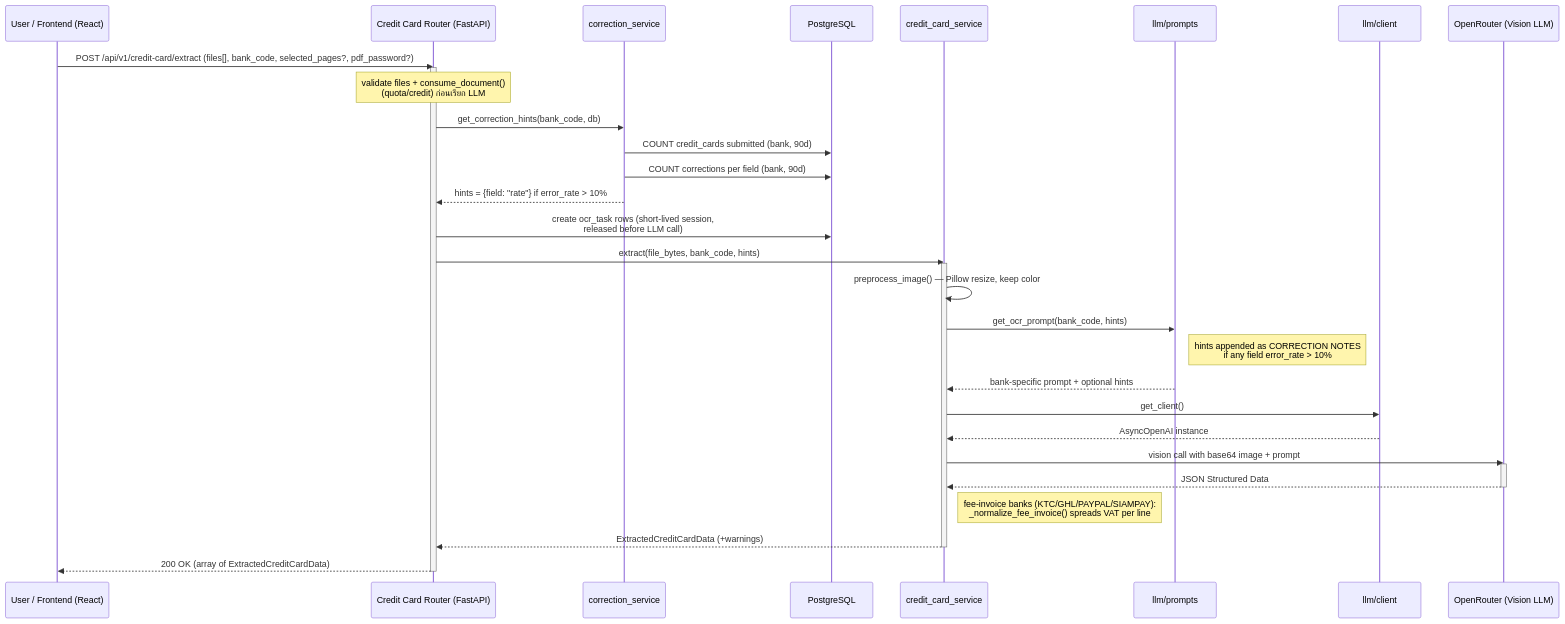
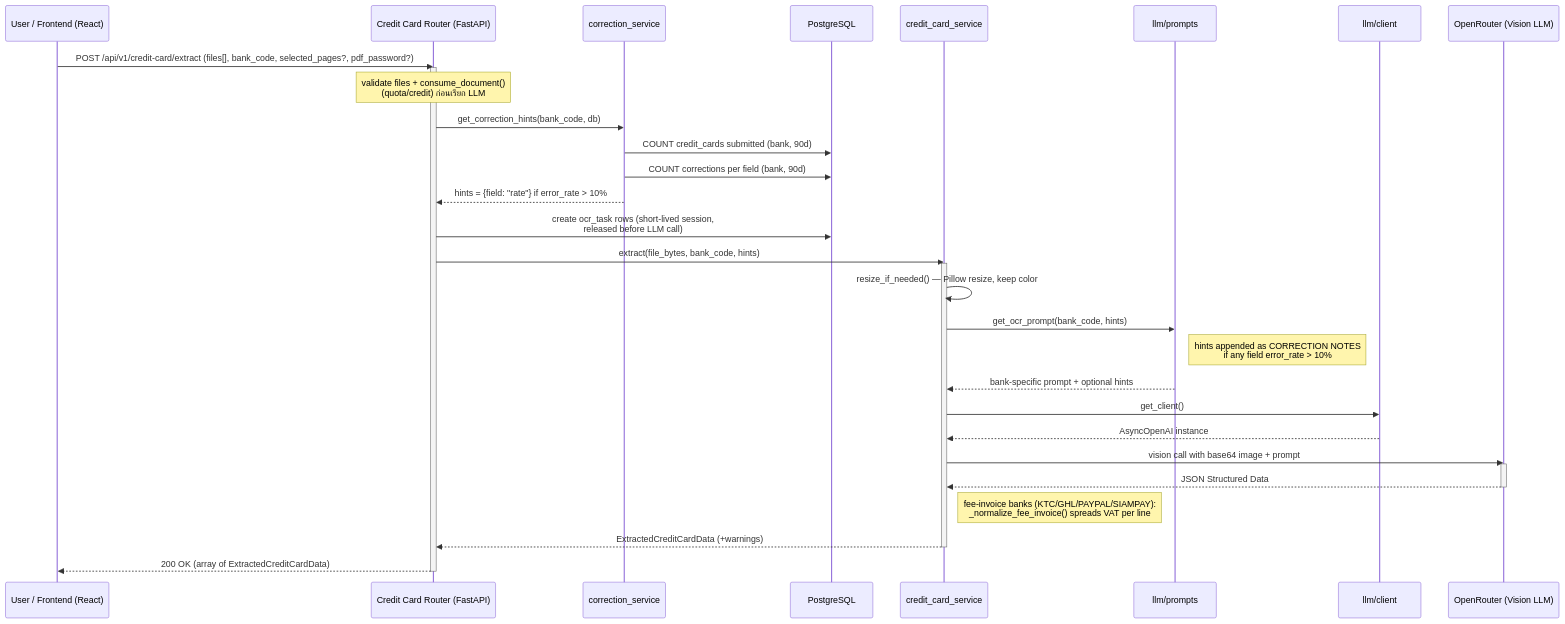
One commit to developer-carmensoftware/OCR changed the third of 8 diagrams in docs/Software_Requirements_Specification.md. Above: the diagram before and after it, drawn with Mermaid. The commit also changed 14 other files, not shown here.

````diff
--- a/docs/Software_Requirements_Specification.md
+++ b/docs/Software_Requirements_Specification.md
@@ -165,39 +165,39 @@
 ```mermaid
 sequenceDiagram
     participant User as User / Frontend (React)
     participant Router as Credit Card Router (FastAPI)
     participant CorrSvc as correction_service
     participant DB as PostgreSQL
     participant Svc as credit_card_service
     participant Prompts as llm/prompts
     participant Client as llm/client
     participant LLM as OpenRouter (Vision LLM)
 
     User->>Router: POST /api/v1/credit-card/extract (files[], bank_code, selected_pages?, pdf_password?)
     activate Router
 
     Note over Router: validate files + consume_document()<br/>(quota/credit) ก่อนเรียก LLM
     Router->>CorrSvc: get_correction_hints(bank_code, db)
     CorrSvc->>DB: COUNT credit_cards submitted (bank, 90d)
     CorrSvc->>DB: COUNT corrections per field (bank, 90d)
     CorrSvc-->>Router: hints = {field: "rate"} if error_rate > 10%
     Router->>DB: create ocr_task rows (short-lived session,<br/>released before LLM call)
 
     Router->>Svc: extract(file_bytes, bank_code, hints)
     activate Svc
-    Svc->>Svc: preprocess_image() — Pillow resize, keep color
+    Svc->>Svc: resize_if_needed() — Pillow resize, keep color
     Svc->>Prompts: get_ocr_prompt(bank_code, hints)
     Note right of Prompts: hints appended as CORRECTION NOTES<br/>if any field error_rate > 10%
     Prompts-->>Svc: bank-specific prompt + optional hints
     Svc->>Client: get_client()
     Client-->>Svc: AsyncOpenAI instance
     Svc->>LLM: vision call with base64 image + prompt
     activate LLM
     LLM-->>Svc: JSON Structured Data
     deactivate LLM
     Note right of Svc: fee-invoice banks (KTC/GHL/PAYPAL/SIAMPAY):<br/>_normalize_fee_invoice() spreads VAT per line
     Svc-->>Router: ExtractedCreditCardData (+warnings)
     deactivate Svc
     Router-->>User: 200 OK (array of ExtractedCreditCardData)
     deactivate Router
 ```
````
